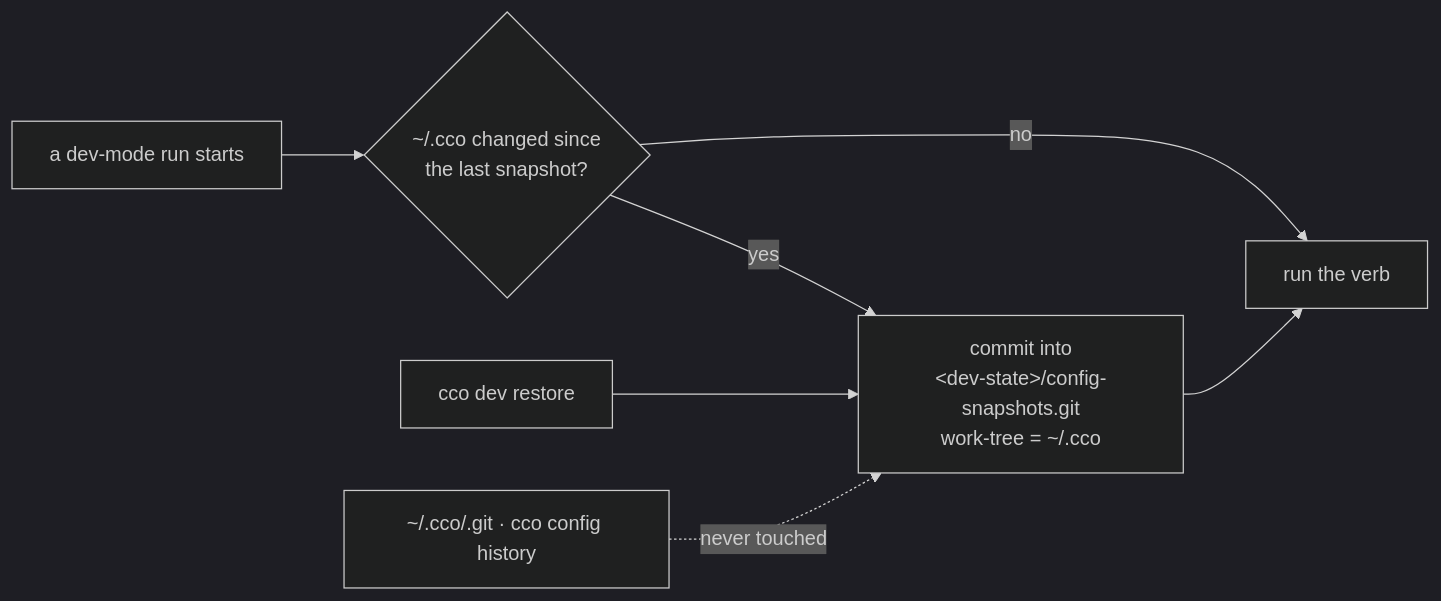
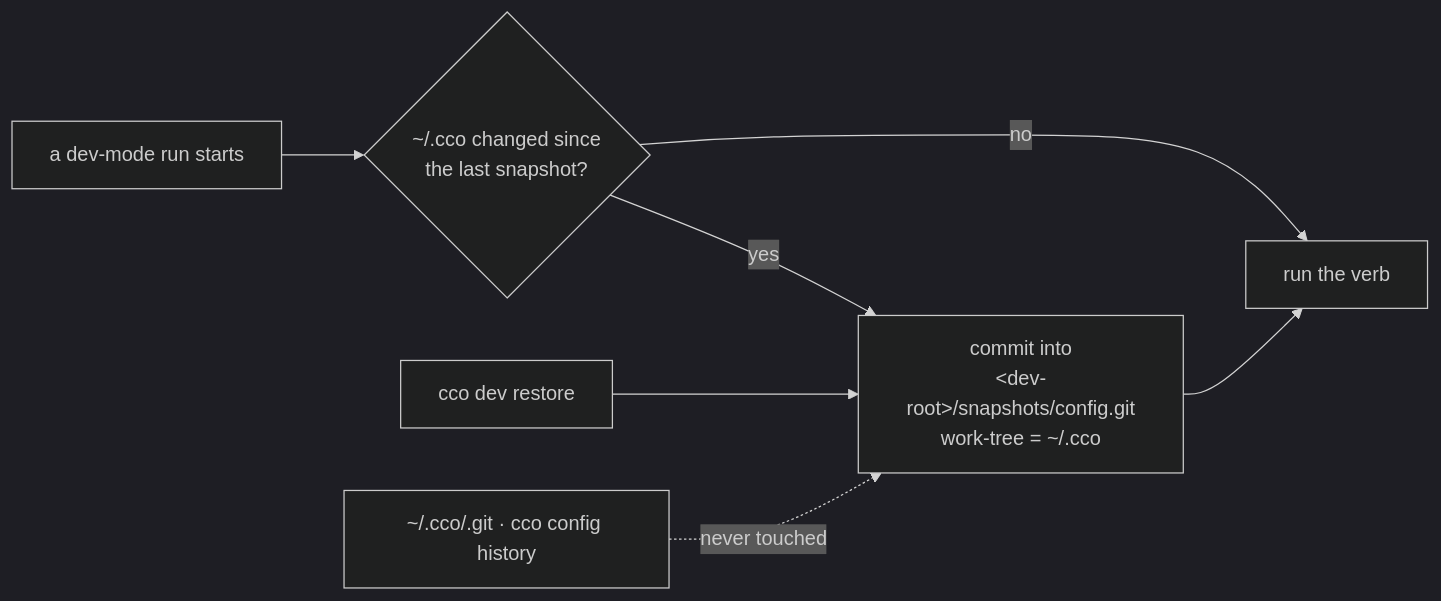
The second of 2 diagrams in docs/maintainers/engineering/design/dev-execution-mode.md (alergyonthestage/claude-orchestrator), drawn with Mermaid (dark theme) before and after one commit. The commit also changed other lines of this file and 2 other files, not shown here.

First line of the commit message:
design(devmode): snapshot failure is fatal; pin the dev-root layout

````diff
--- a/docs/maintainers/engineering/design/dev-execution-mode.md
+++ b/docs/maintainers/engineering/design/dev-execution-mode.md
@@ -144,9 +177,9 @@
 ```mermaid
 flowchart LR
   RUN["a dev-mode run starts"] --> D{"~/.cco changed since<br/>the last snapshot?"}
   D -->|"no"| GO["run the verb"]
-  D -->|"yes"| C["commit into<br/>&lt;dev-state&gt;/config-snapshots.git<br/>work-tree = ~/.cco"]
+  D -->|"yes"| C["commit into<br/>&lt;dev-root&gt;/snapshots/config.git<br/>work-tree = ~/.cco"]
   C --> GO
   R["cco dev restore"] --> C
   X["~/.cco/.git · cco config history"] -.->|"never touched"| C
 ```
````
